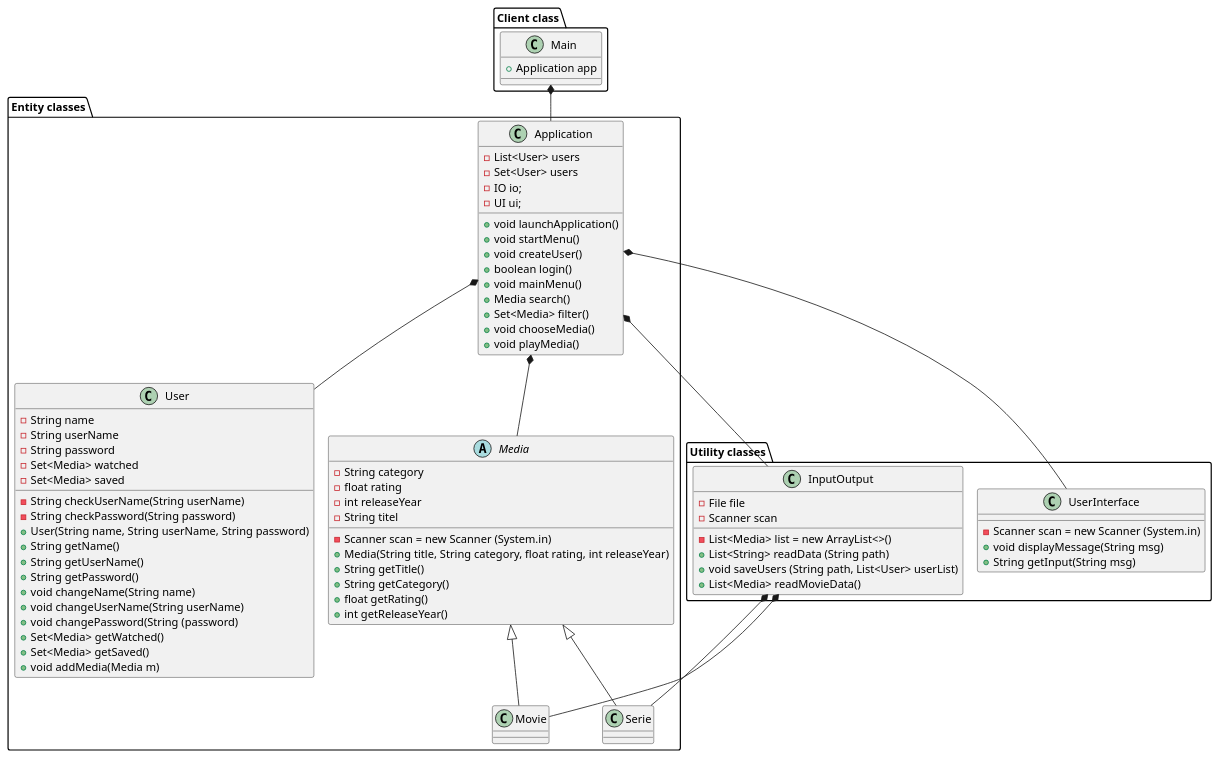
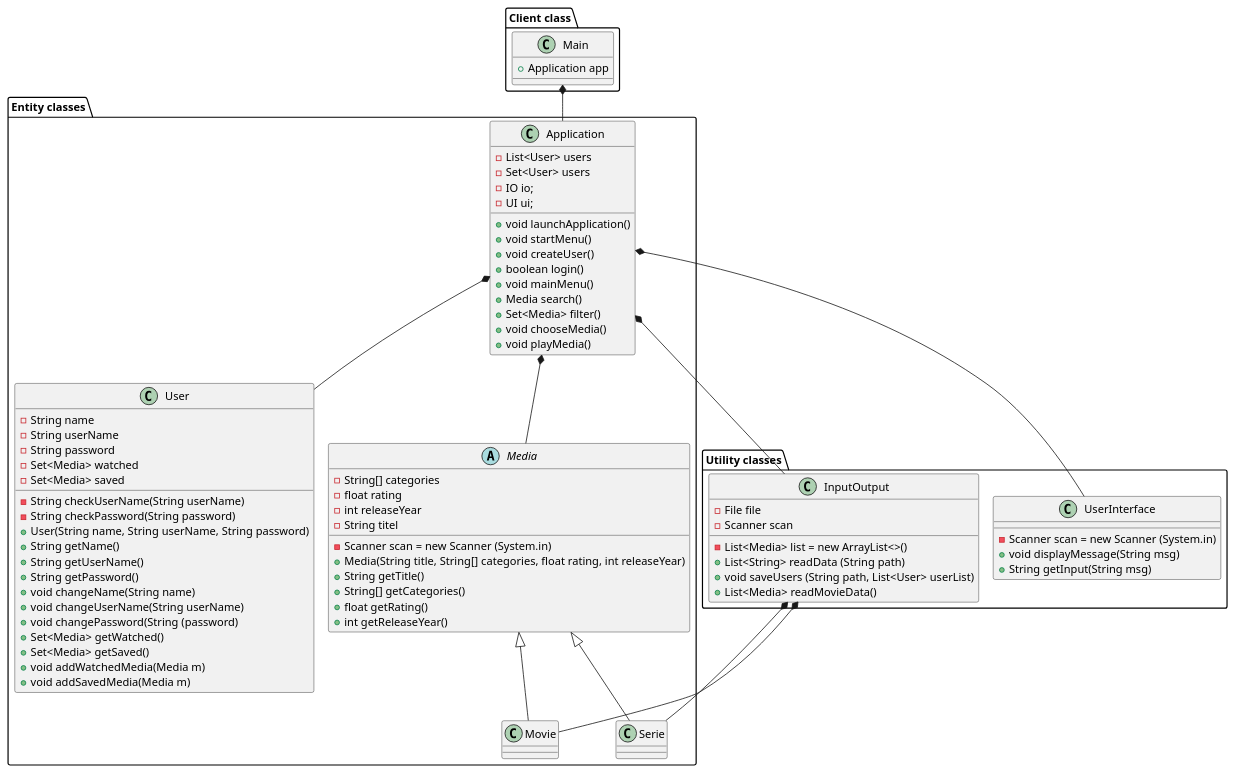
One commit to badranyoussef/SP3 changed the diagram in src/Documents/classDiagram.puml. Above: the diagram before and after it, drawn with PlantUML. The commit also changed 3 other files, not shown here.

Commit message:
User and Media updated (and ClassDiagram))

```diff
--- a/src/Documents/classDiagram.puml
+++ b/src/Documents/classDiagram.puml
@@ -1,94 +1,95 @@
 @startuml
 'https://plantuml.com/class-diagram
 !pragma layout smetana
 
 'Client Package
 package "Client class"{
 class Main
 }
 
 'Utility Package
 package "Utility classes"{
 class UserInterface
 class InputOutput
 }
 
 'Entity Package
 package "Entity classes"{
 class Movie
 class Serie
 class Application
 class User
 abstract Media
 }
 
 'Label on Relations !MANGLER
 Application *-- UserInterface
 Application *-- InputOutput
 Application *-- User
 Application *-- Media
 Media <|-- Serie
 Media <|-- Movie
 InputOutput *-- Movie
 InputOutput *-- Serie
 Main *-- Application
 
 'Class Methods & Attributes
 Main : + Application app
 
 Application : - List<User> users
 Application : - Set<User> users
 Application : - IO io;
 Application : - UI ui;
 Application : + void launchApplication()
 Application : + void startMenu()
 Application : + void createUser()
 Application : + boolean login()
 Application : + void mainMenu()
 Application : + Media search()
 Application : + Set<Media> filter()
 Application : + void chooseMedia()
 Application : + void playMedia()
 
 User : - String name
 User : - String userName
 User : - String password
 User : - Set<Media> watched
 User : - Set<Media> saved
 User : - String checkUserName(String userName)
 User : - String checkPassword(String password)
 User : + User(String name, String userName, String password)
 User : + String getName()
 User : + String getUserName()
 User : + String getPassword()
 User : + void changeName(String name)
 User : + void changeUserName(String userName)
 User : + void changePassword(String (password)
 User : + Set<Media> getWatched()
 User : + Set<Media> getSaved()
-User : + void addMedia(Media m)
+User : + void addWatchedMedia(Media m)
+User : + void addSavedMedia(Media m)
 
 
 InputOutput : - File file
 InputOutput : - Scanner scan
 InputOutput : - List<Media> list = new ArrayList<>()
 InputOutput : + List<String> readData (String path)
 InputOutput : + void saveUsers (String path, List<User> userList)
 InputOutput : + List<Media> readMovieData()
 
 UserInterface : - Scanner scan = new Scanner (System.in)
 UserInterface : + void displayMessage(String msg)
 UserInterface : + String getInput(String msg)
 
 Media : - Scanner scan = new Scanner (System.in)
-Media : - String category
+Media : - String[] categories
 Media : - float rating
 Media : - int releaseYear
 Media : - String titel
-Media : + Media(String title, String category, float rating, int releaseYear)
+Media : + Media(String title, String[] categories, float rating, int releaseYear)
 Media : + String getTitle()
-Media : + String getCategory()
+Media : + String[] getCategories()
 Media : + float getRating()
 Media : + int getReleaseYear()
 
 @enduml
```
